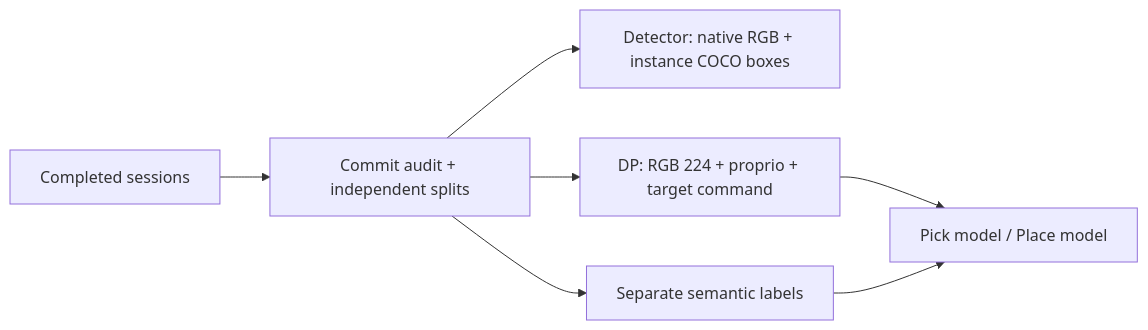
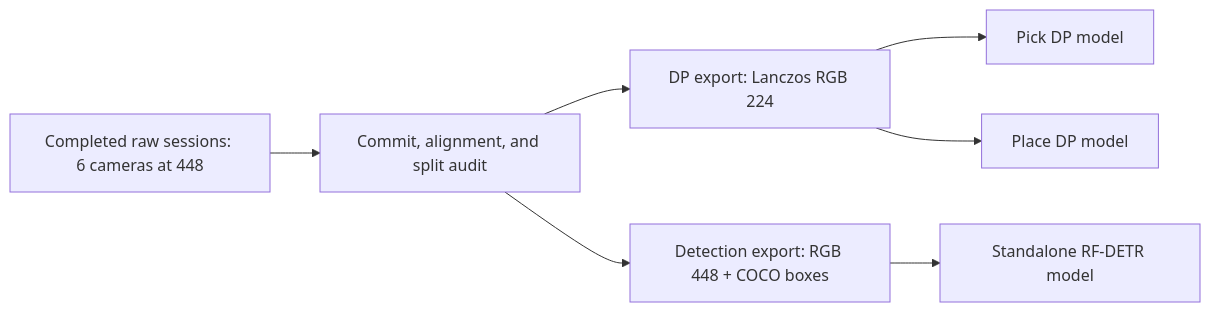
Before and after one commit to angelinemar/NSTC-Surgical-Instrument-Pick-Place: the first of 2 diagrams in training/README.md, drawn with Mermaid. The commit also changed other lines of this file and 11 other files, not shown here.

````diff
--- a/training/README.md
+++ b/training/README.md
@@ -7,9 +9,9 @@
 ```mermaid
 flowchart LR
-    A["Completed sessions"] --> B["Commit audit + independent splits"]
-    B --> C["Detector: native RGB + instance COCO boxes"]
-    B --> D["DP: RGB 224 + proprio + target command"]
-    B --> E["Separate semantic labels"]
-    D --> F["Pick model / Place model"]
-    E --> F
+    A["Completed raw sessions: 6 cameras at 448"] --> B["Commit, alignment, and split audit"]
+    B --> C["DP export: Lanczos RGB 224"]
+    B --> D["Detection export: RGB 448 + COCO boxes"]
+    C --> E["Pick DP model"]
+    C --> F["Place DP model"]
+    D --> G["Standalone RF-DETR model"]
 ```
````
